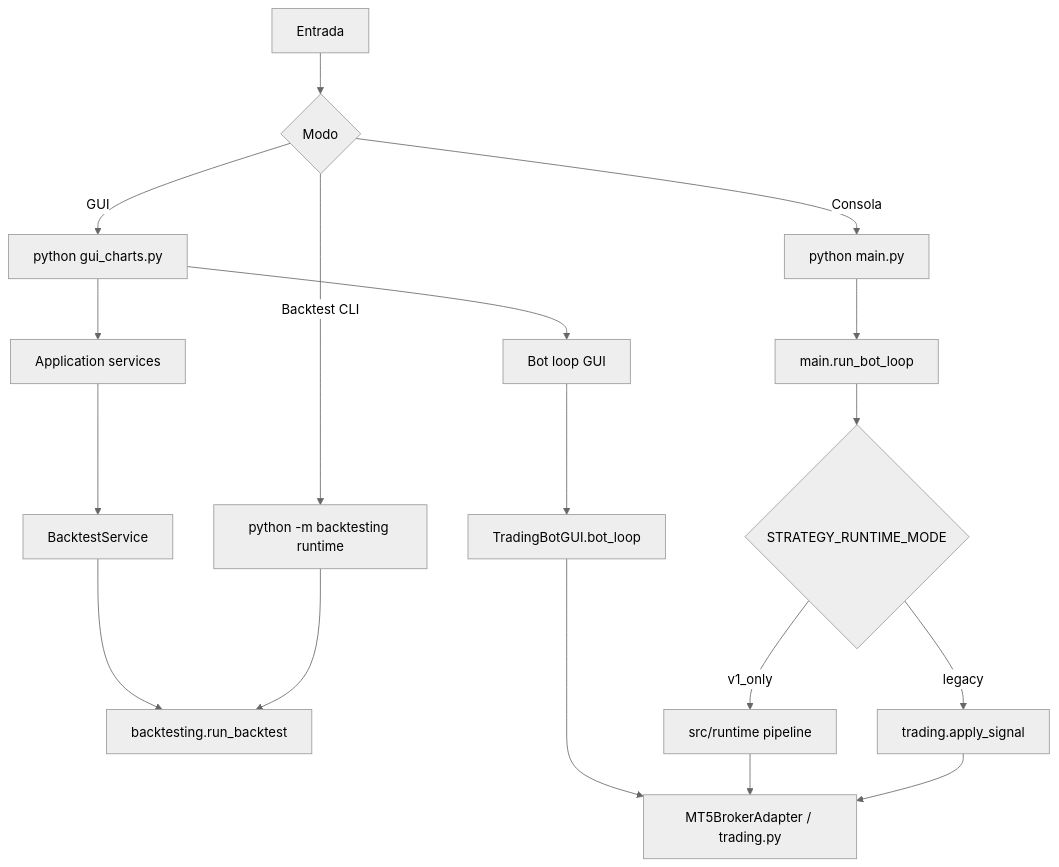
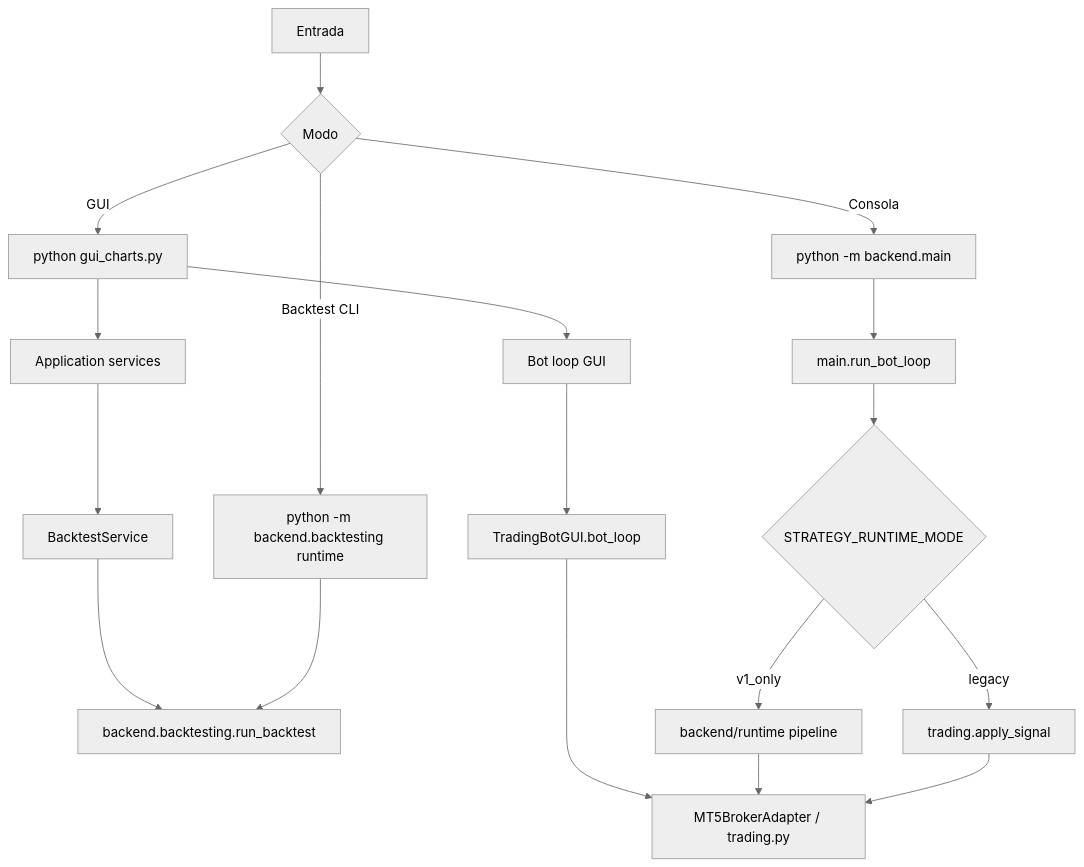
The second of 2 diagrams in docs/DocsTradingSystemObsidian/00-system-map.md (aloantony/strategy-forge), drawn with Mermaid (neutral theme) before and after one commit. The commit also changed other lines of this file and 673 other files, not shown here.

````diff
--- a/docs/DocsTradingSystemObsidian/00-system-map.md
+++ b/docs/DocsTradingSystemObsidian/00-system-map.md
@@ -64,20 +63,20 @@
 ```mermaid
 flowchart TD
   Start["Entrada"] --> Choice{"Modo"}
   Choice -->|GUI| GUI["python gui_charts.py"]
-  Choice -->|Consola| Console["python main.py"]
-  Choice -->|Backtest CLI| CLI["python -m backtesting runtime"]
+  Choice -->|Consola| Console["python -m backend.main"]
+  Choice -->|Backtest CLI| CLI["python -m backend.backtesting runtime"]
   GUI --> Services["Application services"]
   Services --> GUIBT["BacktestService"]
   GUI --> GUIBot["Bot loop GUI"]
-  GUIBT --> BT["backtesting.run_backtest"]
+  GUIBT --> BT["backend.backtesting.run_backtest"]
   GUIBot --> LiveLike["TradingBotGUI.bot_loop"]
   Console --> MainLoop["main.run_bot_loop"]
   CLI --> BT
   LiveLike --> Broker["MT5BrokerAdapter / trading.py"]
   MainLoop --> Runtime{"STRATEGY_RUNTIME_MODE"}
-  Runtime -->|v1_only| V1["src/runtime pipeline"]
+  Runtime -->|v1_only| V1["backend/runtime pipeline"]
   Runtime -->|legacy| Legacy["trading.apply_signal"]
   V1 --> Broker
   Legacy --> Broker
 ```
````
